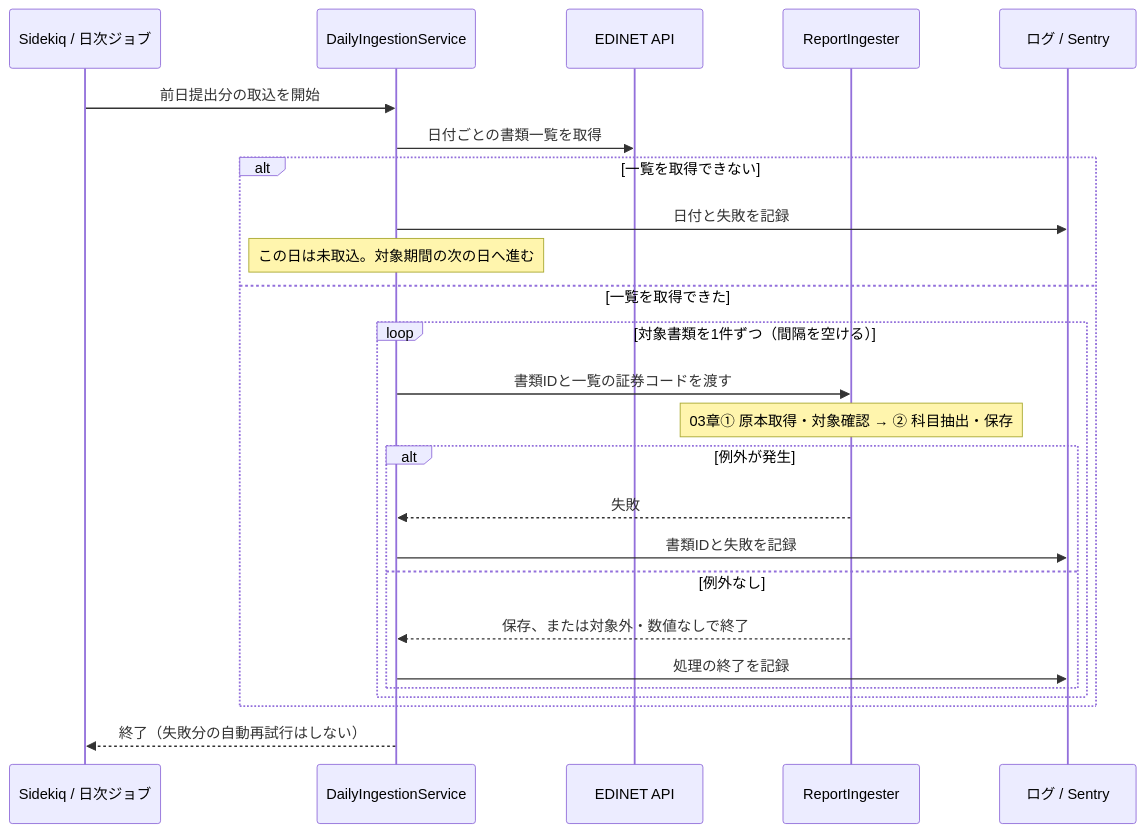
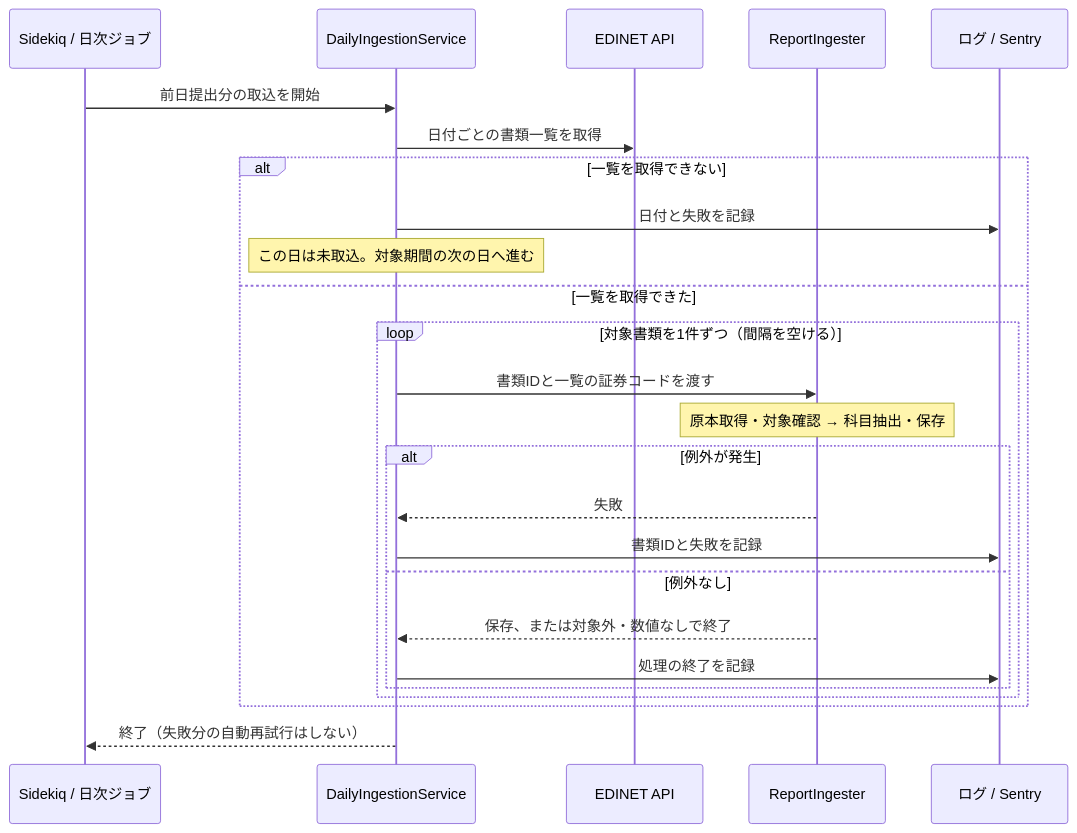
One commit to shin4488/financial-statement changed the second of 3 diagrams in docs/guide/04_system.md. Above: the diagram before and after it, drawn with Mermaid. The commit also changed other lines of this file and 6 other files, not shown here.

````diff
--- a/docs/guide/04_system.md
+++ b/docs/guide/04_system.md
@@ -121,27 +65,27 @@
 ```mermaid
 sequenceDiagram
     participant J as Sidekiq / 日次ジョブ
     participant S as DailyIngestionService
     participant E as EDINET API
     participant I as ReportIngester
     participant M as ログ / Sentry
     J->>S: 前日提出分の取込を開始
     S->>E: 日付ごとの書類一覧を取得
     alt 一覧を取得できない
         S->>M: 日付と失敗を記録
         Note over S: この日は未取込。対象期間の次の日へ進む
     else 一覧を取得できた
         loop 対象書類を1件ずつ（間隔を空ける）
             S->>I: 書類IDと一覧の証券コードを渡す
-            Note over I: 03章① 原本取得・対象確認 → ② 科目抽出・保存
+            Note over I: 原本取得・対象確認 → 科目抽出・保存
             alt 例外が発生
                 I-->>S: 失敗
                 S->>M: 書類IDと失敗を記録
             else 例外なし
                 I-->>S: 保存、または対象外・数値なしで終了
                 S->>M: 処理の終了を記録
             end
         end
     end
     S-->>J: 終了（失敗分の自動再試行はしない）
 ```
````
